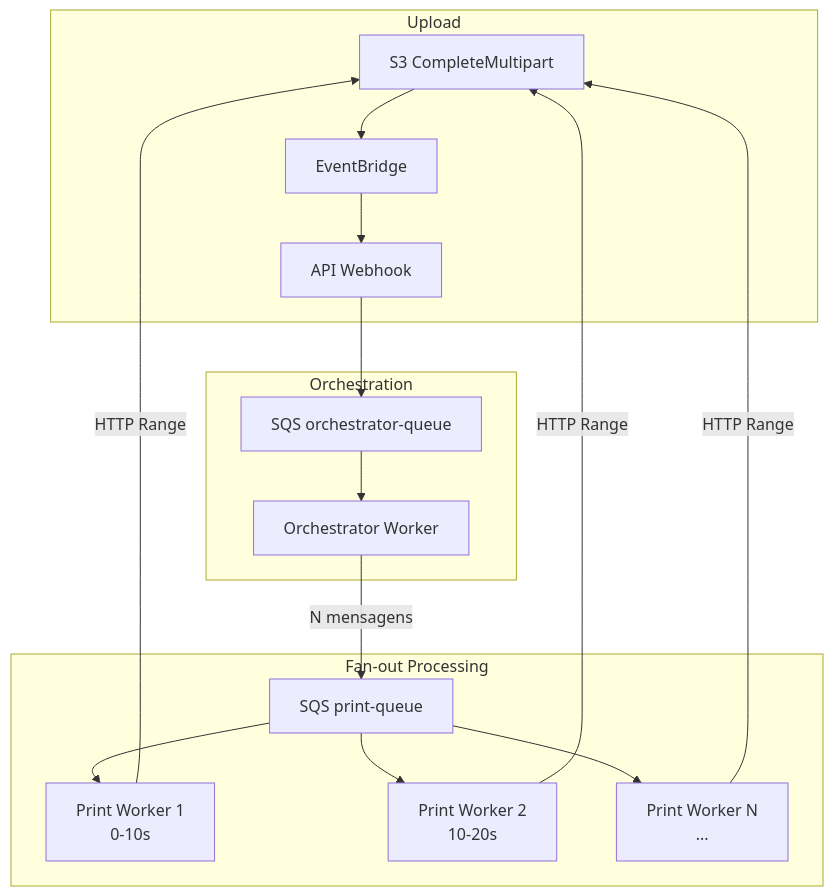
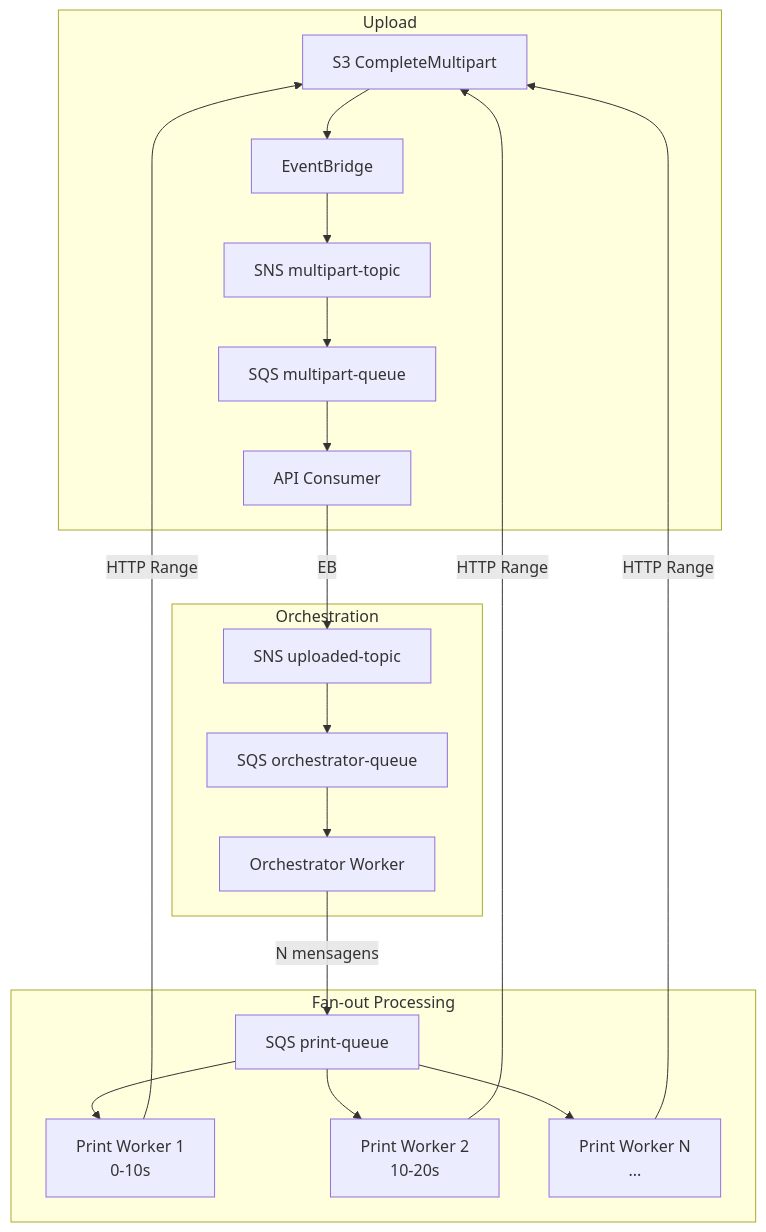
The second of 2 diagrams in docs/adrs/11.md (FreitasArao/fiap-image), drawn with Mermaid before and after one commit. The commit also changed 42 other files, not shown here.

Commit message:
feat: Refactor video processing architecture to implement SNS for event fan-out, enhancing resilience and extensibility with SQS integration for multipart upload completion and video status updates

````diff
--- a/docs/adrs/11.md
+++ b/docs/adrs/11.md
@@ -50,28 +50,31 @@
 ```mermaid
 flowchart TB
     subgraph upload [Upload]
         S3[S3 CompleteMultipart]
         EB1[EventBridge]
-        API[API Webhook]
+        SNS1[SNS multipart-topic]
+        SQS_MC[SQS multipart-queue]
+        API[API Consumer]
     end
 
     subgraph orchestration [Orchestration]
+        SNS2[SNS uploaded-topic]
         SQS_ORCH[SQS orchestrator-queue]
         ORCH[Orchestrator Worker]
     end
 
     subgraph processing [Fan-out Processing]
         SQS_PRINT[SQS print-queue]
         P1[Print Worker 1<br/>0-10s]
         P2[Print Worker 2<br/>10-20s]
         PN[Print Worker N<br/>...]
     end
 
-    S3 --> EB1 --> API
-    API --> SQS_ORCH --> ORCH
+    S3 --> EB1 --> SNS1 --> SQS_MC --> API
+    API -->|EB| SNS2 --> SQS_ORCH --> ORCH
     ORCH -->|N mensagens| SQS_PRINT
     SQS_PRINT --> P1
     SQS_PRINT --> P2
     SQS_PRINT --> PN
     P1 & P2 & PN -->|HTTP Range| S3
 ```
````
